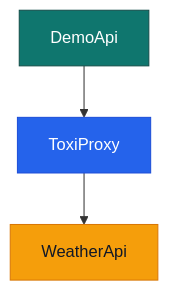
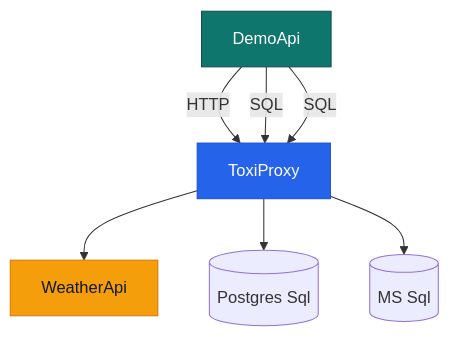
Before and after one commit to netwatwezoeken/Aspire.Hosting.ToxiProxy: the diagram in README.md, drawn with Mermaid. The commit also changed other lines of this file and 6 other files, not shown here.

````diff
--- a/README.md
+++ b/README.md
@@ -112,9 +208,13 @@
 ```mermaid
 flowchart TD
-    D[DemoApi] --> T[ToxiProxy]
-    T --> W[WeatherApi]
+  D[DemoApi] --HTTP--> T[ToxiProxy]
+  D[DemoApi] --SQL--> T[ToxiProxy]
+  D[DemoApi] --SQL--> T[ToxiProxy]
+  T --> W[WeatherApi]
+  T --> P[(Postgres Sql)]
+  T --> M[(MS Sql)]
 
     style D fill:#0f766e,color:#fff,stroke:#134e4a
     style T fill:#2563eb,color:#fff,stroke:#1d4ed8
     style W fill:#f59e0b,color:#111827,stroke:#d97706
 ```
````
